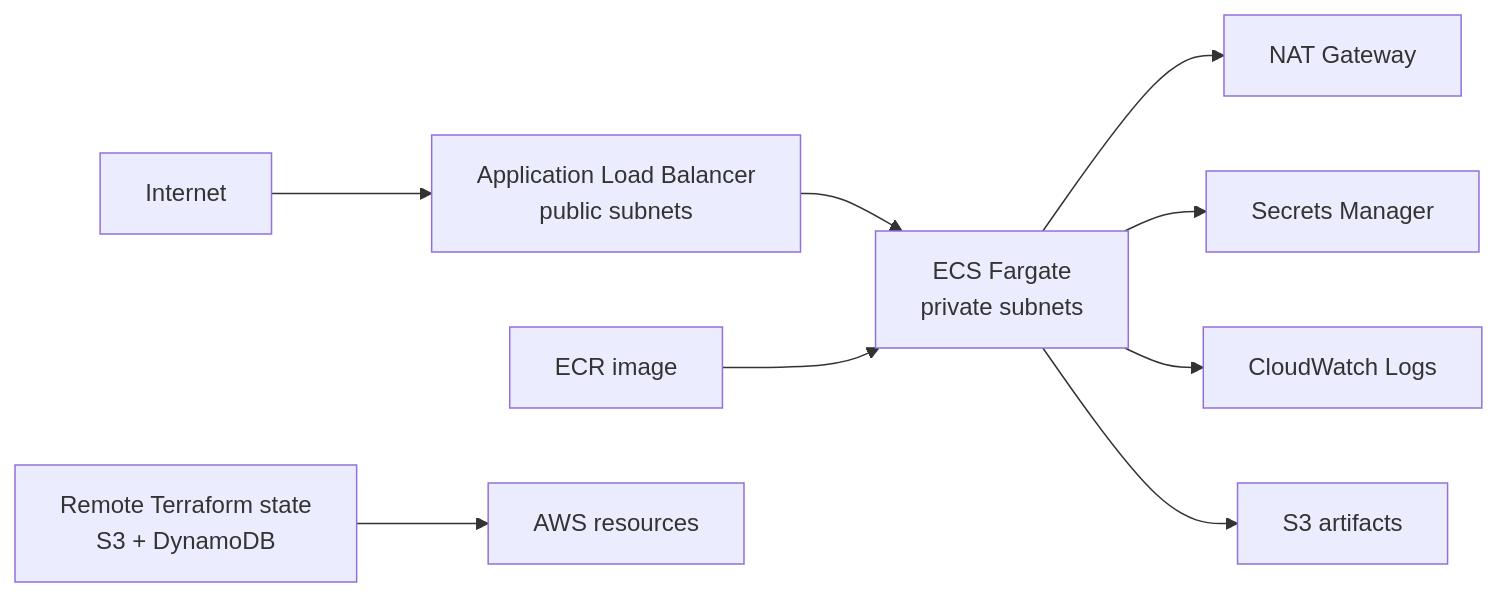
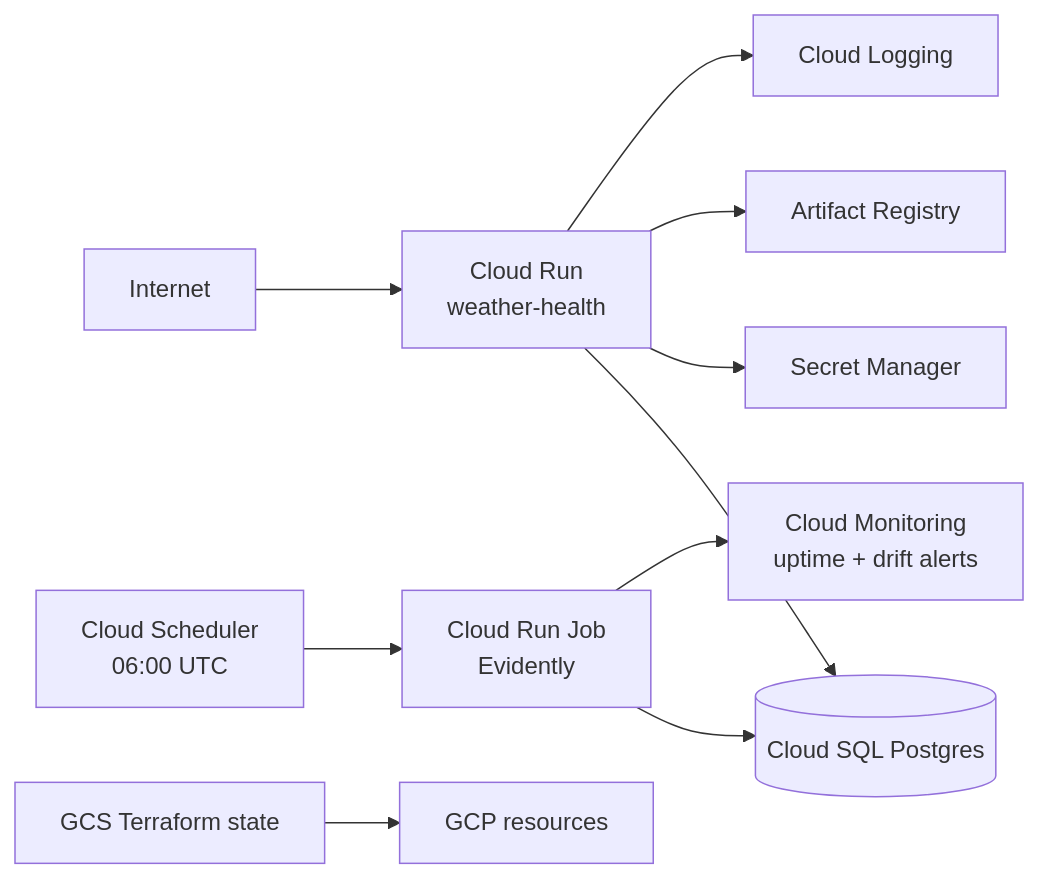
The second of 2 diagrams in docs/ARCHITECTURE.md (Danselem/weather_health), drawn with Mermaid before and after one commit. The commit also changed other lines of this file and 18 other files, not shown here.

First line of the commit message:
docs: embed live screenshots and make GCP the primary architecture

````diff
--- a/docs/ARCHITECTURE.md
+++ b/docs/ARCHITECTURE.md
@@ -53,11 +55,12 @@
 ```mermaid
 flowchart LR
-    User[Internet] --> ALB[Application Load Balancer<br/>public subnets]
-    ALB --> ECS[ECS Fargate<br/>private subnets]
-    ECS --> NAT[NAT Gateway]
-    ECS --> SM[Secrets Manager]
-    ECS --> CW[CloudWatch Logs]
-    ECS --> S3[S3 artifacts]
-    ECR[ECR image] --> ECS
-    TF[Remote Terraform state<br/>S3 + DynamoDB] --> AWS[AWS resources]
+    User[Internet] --> CR[Cloud Run<br/>weather-health]
+    CR --> SQL[(Cloud SQL Postgres)]
+    CR --> SM[Secret Manager]
+    CR --> AR[Artifact Registry]
+    CR --> CL[Cloud Logging]
+    SCH[Cloud Scheduler<br/>06:00 UTC] --> JOB[Cloud Run Job<br/>Evidently]
+    JOB --> SQL
+    JOB --> MON[Cloud Monitoring<br/>uptime + drift alerts]
+    TF[GCS Terraform state] --> GCP[GCP resources]
 ```
````
